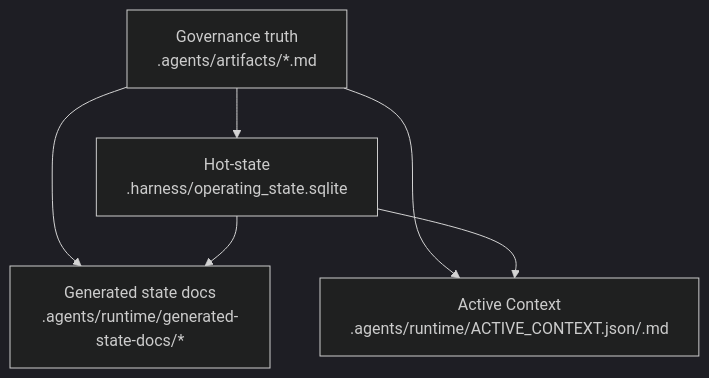
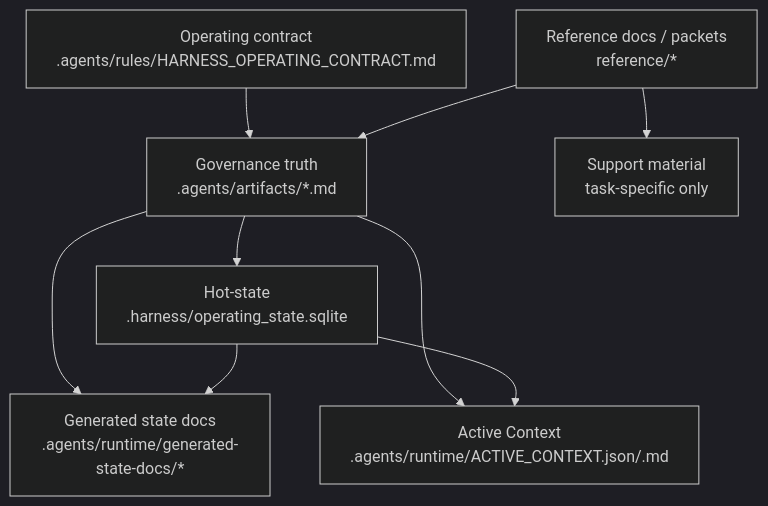
The second of 2 diagrams in dist/standard-harness-v1.3/.package/standard-template/reference/manuals/HARNESS_MANUAL.md (Heeyoung-Ahn/harness-implementation-v1), drawn with Mermaid (dark theme) before and after one commit. The commit also changed other lines of this file and 66 other files, not shown here.

````diff
--- a/dist/standard-harness-v1.3/.package/standard-template/reference/manuals/HARNESS_MANUAL.md
+++ b/dist/standard-harness-v1.3/.package/standard-template/reference/manuals/HARNESS_MANUAL.md
@@ -81,8 +327,11 @@
 ```mermaid
 flowchart TD
-    A["Governance truth<br/>.agents/artifacts/*.md"] --> B["Hot-state<br/>.harness/operating_state.sqlite"]
-    A --> C["Generated state docs<br/>.agents/runtime/generated-state-docs/*"]
-    B --> C
-    A --> D["Active Context<br/>.agents/runtime/ACTIVE_CONTEXT.json/.md"]
-    B --> D
+    A["Operating contract<br/>.agents/rules/HARNESS_OPERATING_CONTRACT.md"] --> B["Governance truth<br/>.agents/artifacts/*.md"]
+    B --> C["Hot-state<br/>.harness/operating_state.sqlite"]
+    B --> D["Generated state docs<br/>.agents/runtime/generated-state-docs/*"]
+    C --> D
+    B --> E["Active Context<br/>.agents/runtime/ACTIVE_CONTEXT.json/.md"]
+    C --> E
+    F["Reference docs / packets<br/>reference/*"] --> B
+    F --> G["Support material<br/>task-specific only"]
 ```
````
